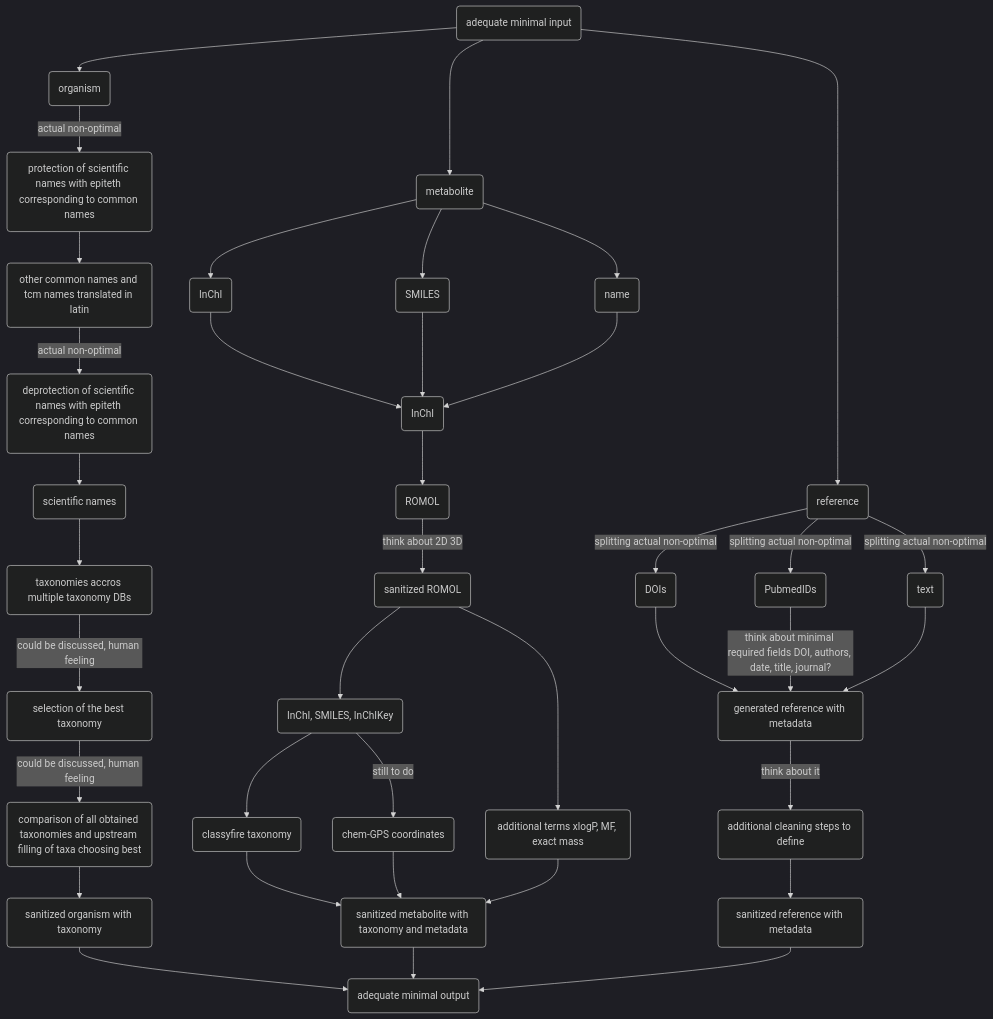
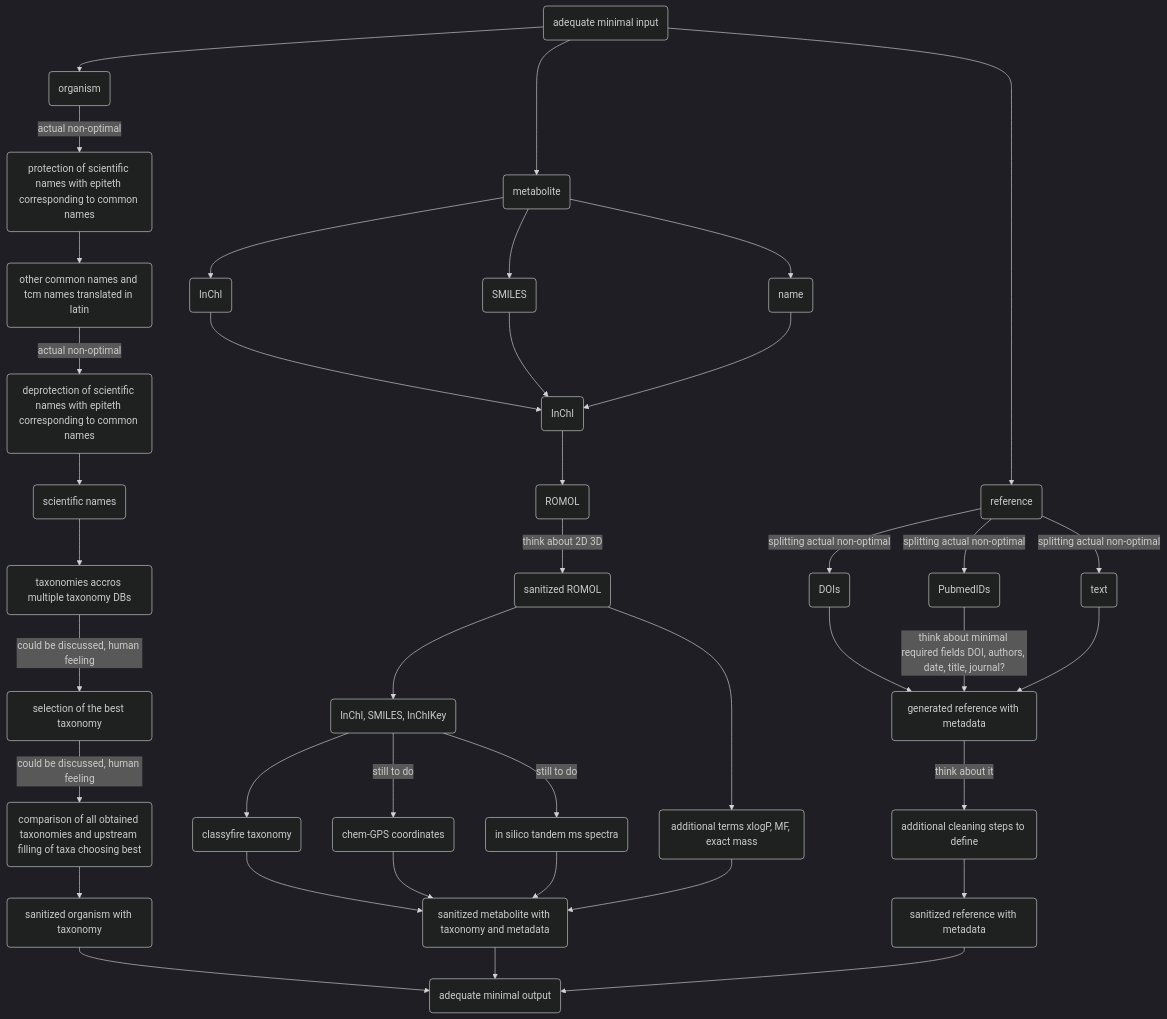
One commit to lotusnprod/lotus-processor changed the diagram in README.md. Above: the diagram before and after it, drawn with Mermaid (dark theme).

Commit message:
docs(readme): update graph diagram with new metabolite information

````diff
--- a/README.md
+++ b/README.md
@@ -9,51 +9,54 @@
 ```mermaid
 graph TD
 000(adequate minimal input) -->
   100(organism) --> 
     |actual non-optimal| 110(protection of scientific names with epiteth corresponding to common names) -->
       120(other common names and tcm names translated in latin) -->
         |actual non-optimal| 130(deprotection of scientific names with epiteth corresponding to common names) -->
           140(scientific names) -->
             150(taxonomies accros multiple taxonomy DBs) -->
               |could be discussed, human feeling|160(selection of the best taxonomy) -->
                 |could be discussed, human feeling|170(comparison of all obtained taxonomies and upstream filling of taxa choosing best) -->
                   180(sanitized organism with taxonomy) -->
 999(adequate minimal output)
 
 000(adequate minimal input) --> 
   200(metabolite) --> 
     211(InChI) --> 
       220(InChI)
   200(metabolite) --> 
     212(SMILES) --> 
       220(InChI)
   200(metabolite) --> 
     213(name) --> 
       220(InChI) --> 
         230(ROMOL) --> 
           |think about 2D 3D| 240(sanitized ROMOL) -->
             251(InChI, SMILES, InChIKey) -->
               261(classyfire taxonomy)-->
                 270(sanitized metabolite with taxonomy and metadata)
             251(InChI, SMILES, InChIKey) -->
               |still to do| 262(chem-GPS coordinates)-->
                 270(sanitized metabolite with taxonomy and metadata)
+            251(InChI, SMILES, InChIKey) -->
+              |still to do| 263(in silico tandem ms spectra)-->
+                270(sanitized metabolite with taxonomy and metadata)
           240(sanitized ROMOL) -->
             252(additional terms xlogP, MF, exact mass) -->
                 270(sanitized metabolite with taxonomy and metadata) -->
 999(adequate minimal output)
 
 000(adequate minimal input) --> 
   300(reference) -->
     |splitting actual non-optimal| 311(DOIs) -->
       320(generated reference with metadata)
   300(reference) -->
     |splitting actual non-optimal| 312(PubmedIDs )-->
       |think about minimal required fields DOI, authors, date, title, journal?| 320
   300(reference) -->
     |splitting actual non-optimal| 313(text) -->
       320 -->
         |think about it|330(additional cleaning steps to define) -->
           340(sanitized reference with metadata) -->
 999(adequate minimal output)
 ```
````
